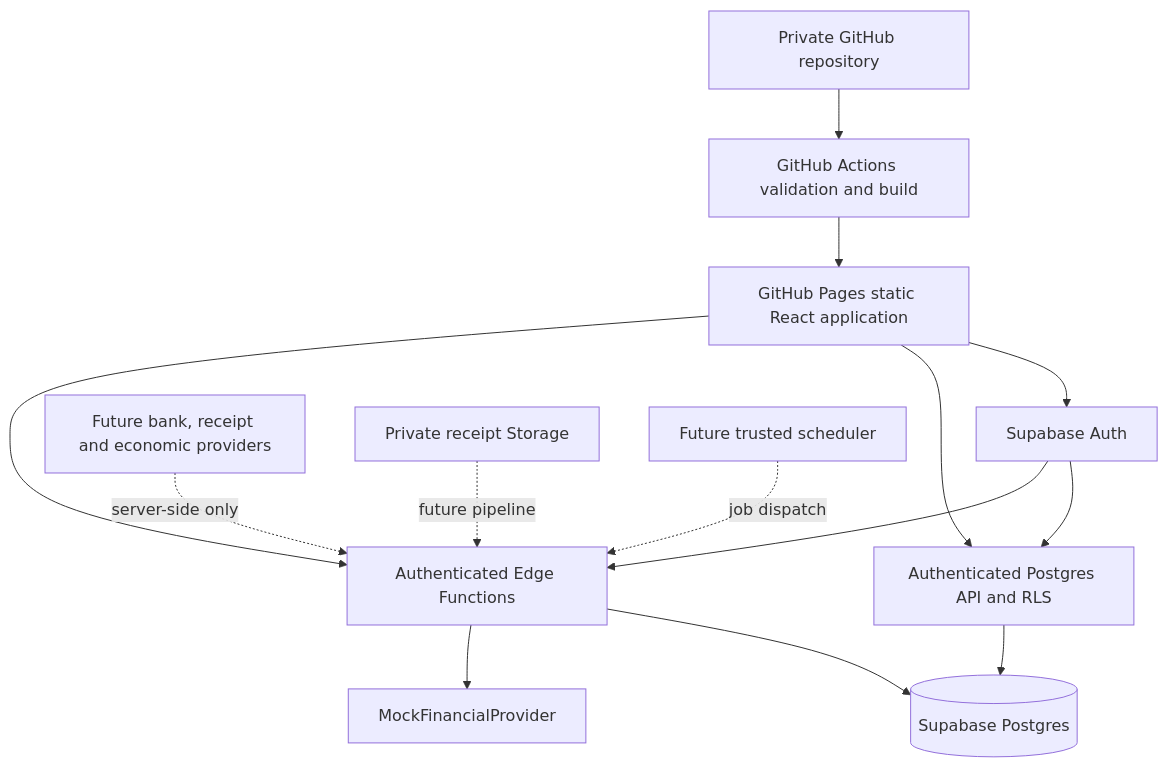
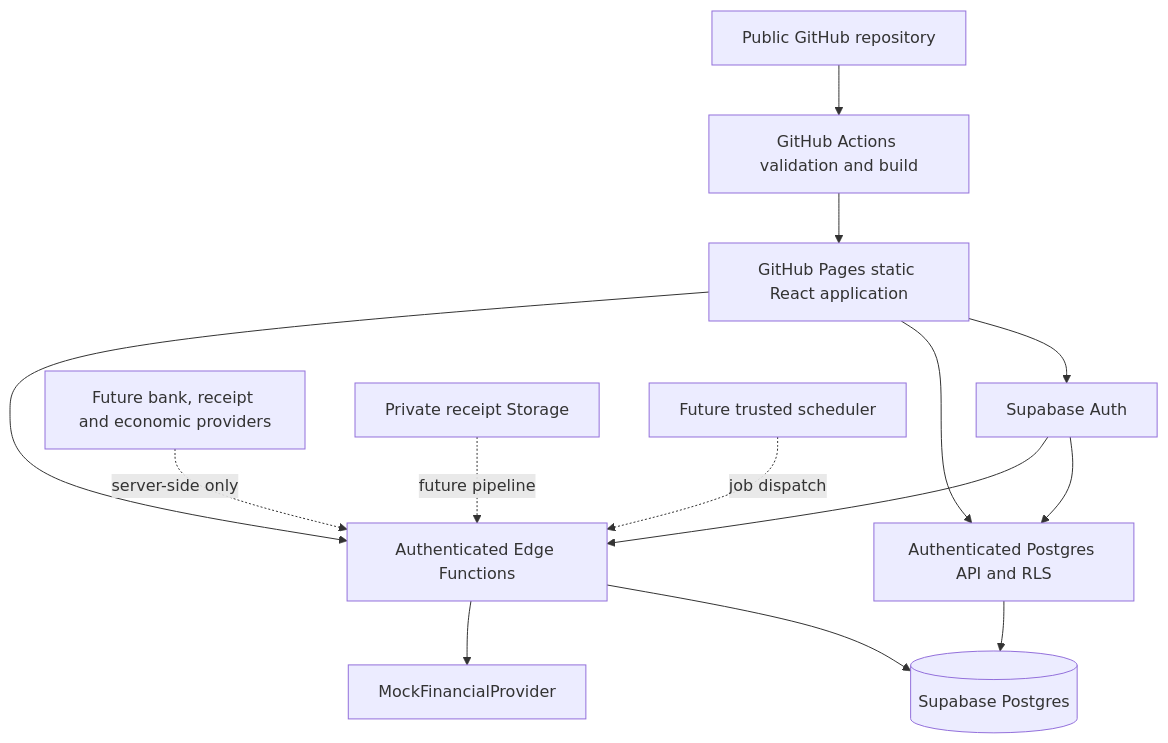
The diagram in docs/architecture.md (ziliangli2018-cyber/clinic-finance), drawn with Mermaid before and after one commit. The commit also changed other lines of this file and 15 other files, not shown here.

````diff
--- a/docs/architecture.md
+++ b/docs/architecture.md
@@ -5,16 +5,16 @@
 ```mermaid
 flowchart TD
-  Repo[Private GitHub repository] --> CI[GitHub Actions validation and build]
+  Repo[Public GitHub repository] --> CI[GitHub Actions validation and build]
   CI --> Pages[GitHub Pages static React application]
   Pages --> Auth[Supabase Auth]
   Pages --> RLS[Authenticated Postgres API and RLS]
   Pages --> Edge[Authenticated Edge Functions]
   Auth --> RLS
   Auth --> Edge
   Edge --> DB[(Supabase Postgres)]
   RLS --> DB
   Edge --> Mock[MockFinancialProvider]
   Future[Future bank, receipt and economic providers] -. server-side only .-> Edge
   Storage[Private receipt Storage] -. future pipeline .-> Edge
   Scheduler[Future trusted scheduler] -. job dispatch .-> Edge
 ```
````
